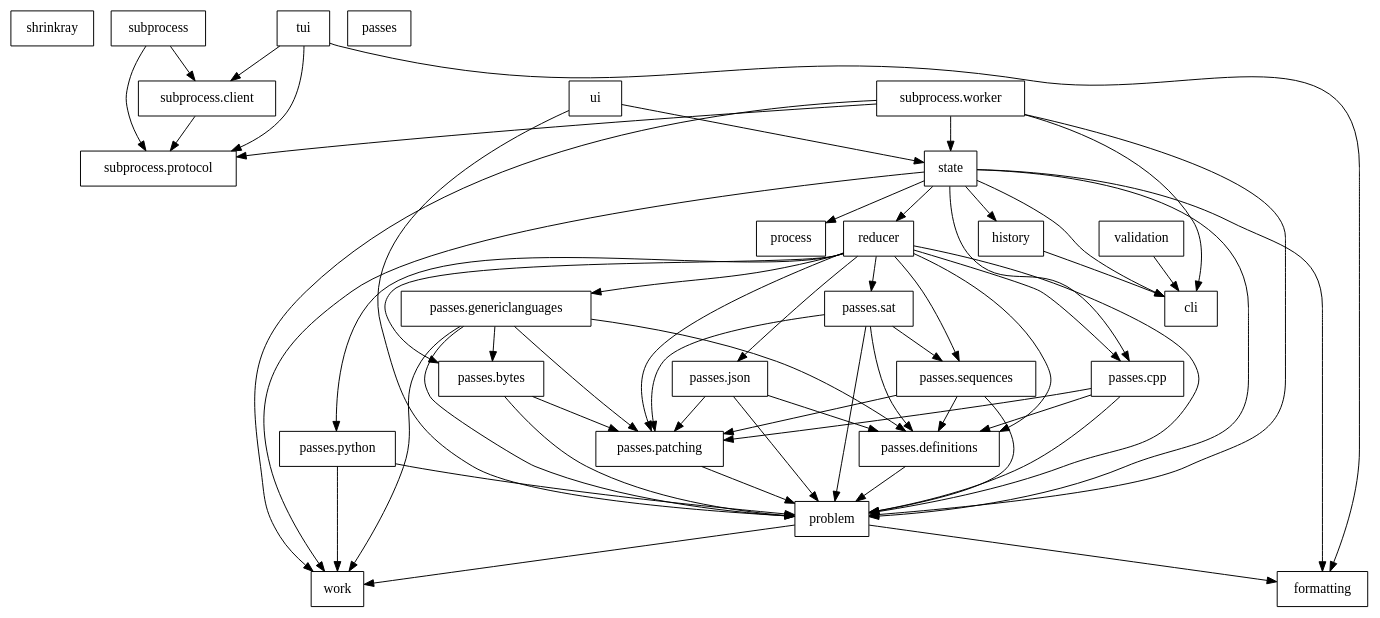
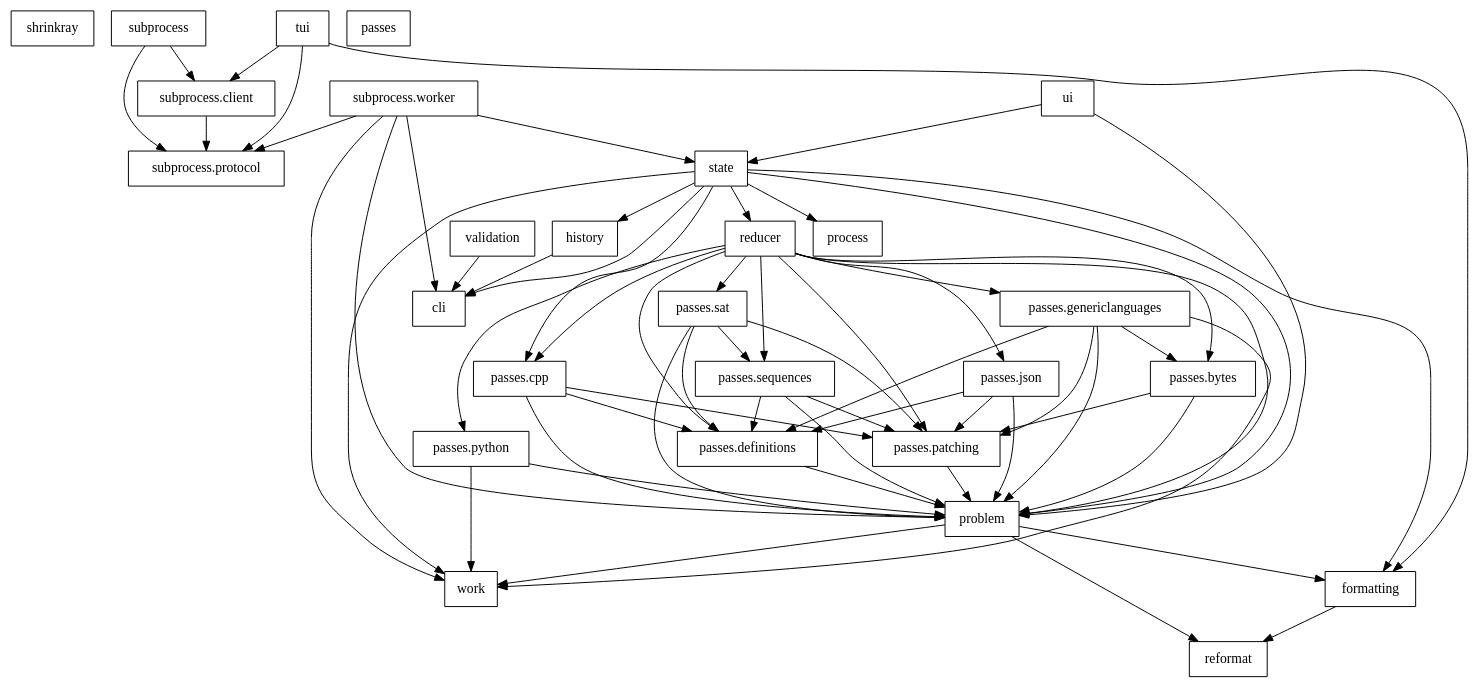
One commit to DRMacIver/shrinkray changed the diagram in notes/import-graph.dot. Above: the diagram before and after it, drawn with Graphviz. The commit also changed 1 other file, not shown here.

Commit message:
Regenerate stale import graph notes
The generated import graph had drifted from the code (it predated the
reformat module among other changes). Regenerated with
scripts/update_import_graph.py.

```diff
--- a/notes/import-graph.dot
+++ b/notes/import-graph.dot
@@ -1,91 +1,94 @@
 digraph imports {
     rankdir=TB;
     node [shape=box];
 
     "shrinkray";
     "cli";
     "formatting";
     "history";
     "passes";
     "passes.bytes";
     "passes.cpp";
     "passes.definitions";
     "passes.genericlanguages";
     "passes.json";
     "passes.patching";
     "passes.python";
     "passes.sat";
     "passes.sequences";
     "problem";
     "process";
     "reducer";
+    "reformat";
     "state";
     "subprocess";
     "subprocess.client";
     "subprocess.protocol";
     "subprocess.worker";
     "tui";
     "ui";
     "validation";
     "work";
 
+    "formatting" -> "reformat";
     "history" -> "cli";
     "passes.bytes" -> "passes.patching";
     "passes.bytes" -> "problem";
     "passes.cpp" -> "passes.definitions";
     "passes.cpp" -> "passes.patching";
     "passes.cpp" -> "problem";
     "passes.definitions" -> "problem";
     "passes.genericlanguages" -> "passes.bytes";
     "passes.genericlanguages" -> "passes.definitions";
     "passes.genericlanguages" -> "passes.patching";
     "passes.genericlanguages" -> "problem";
     "passes.genericlanguages" -> "work";
     "passes.json" -> "passes.definitions";
     "passes.json" -> "passes.patching";
     "passes.json" -> "problem";
     "passes.patching" -> "problem";
     "passes.python" -> "problem";
     "passes.python" -> "work";
     "passes.sat" -> "passes.definitions";
     "passes.sat" -> "passes.patching";
     "passes.sat" -> "passes.sequences";
     "passes.sat" -> "problem";
     "passes.sequences" -> "passes.definitions";
     "passes.sequences" -> "passes.patching";
     "passes.sequences" -> "problem";
     "problem" -> "formatting";
+    "problem" -> "reformat";
     "problem" -> "work";
     "reducer" -> "passes.bytes";
     "reducer" -> "passes.cpp";
     "reducer" -> "passes.definitions";
     "reducer" -> "passes.genericlanguages";
     "reducer" -> "passes.json";
     "reducer" -> "passes.patching";
     "reducer" -> "passes.python";
     "reducer" -> "passes.sat";
     "reducer" -> "passes.sequences";
     "reducer" -> "problem";
     "state" -> "cli";
     "state" -> "formatting";
     "state" -> "history";
     "state" -> "passes.cpp";
     "state" -> "problem";
     "state" -> "process";
     "state" -> "reducer";
     "state" -> "work";
     "subprocess" -> "subprocess.client";
     "subprocess" -> "subprocess.protocol";
     "subprocess.client" -> "subprocess.protocol";
     "subprocess.worker" -> "cli";
     "subprocess.worker" -> "problem";
     "subprocess.worker" -> "state";
     "subprocess.worker" -> "subprocess.protocol";
     "subprocess.worker" -> "work";
     "tui" -> "formatting";
     "tui" -> "subprocess.client";
     "tui" -> "subprocess.protocol";
     "ui" -> "problem";
     "ui" -> "state";
     "validation" -> "cli";
 }
```
